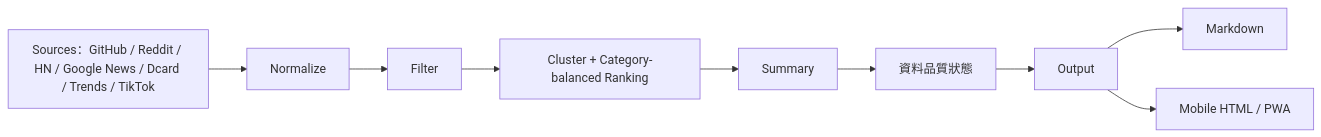
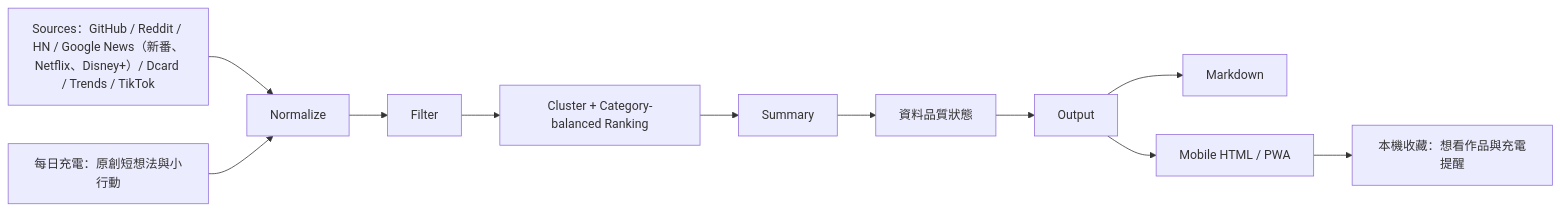
The first of 3 diagrams in docs/ARCHITECTURE.md (dat5512999-bit/daily-intelligence-hub), drawn with Mermaid before and after one commit. The commit also changed other lines of this file and 28 other files, not shown here.

Commit message:
Release 0.9.28: split streaming and add daily boost

````diff
--- a/docs/ARCHITECTURE.md
+++ b/docs/ARCHITECTURE.md
@@ -7,11 +9,13 @@
 ```mermaid
 flowchart LR
-  Sources["Sources：GitHub / Reddit / HN / Google News / Dcard / Trends / TikTok"] --> Normalize
+  Sources["Sources：GitHub / Reddit / HN / Google News（新番、Netflix、Disney+）/ Dcard / Trends / TikTok"] --> Normalize
+  DailyBoost["每日充電：原創短想法與小行動"] --> Normalize
   Normalize --> Filter
   Filter --> ClusterRanking["Cluster + Category-balanced Ranking"]
   ClusterRanking --> Summary
   Summary --> HealthCheck["資料品質狀態"]
   HealthCheck --> Output
   Output --> Markdown
   Output --> HtmlPreview["Mobile HTML / PWA"]
+  HtmlPreview --> Saved["本機收藏：想看作品與充電提醒"]
 ```
````
